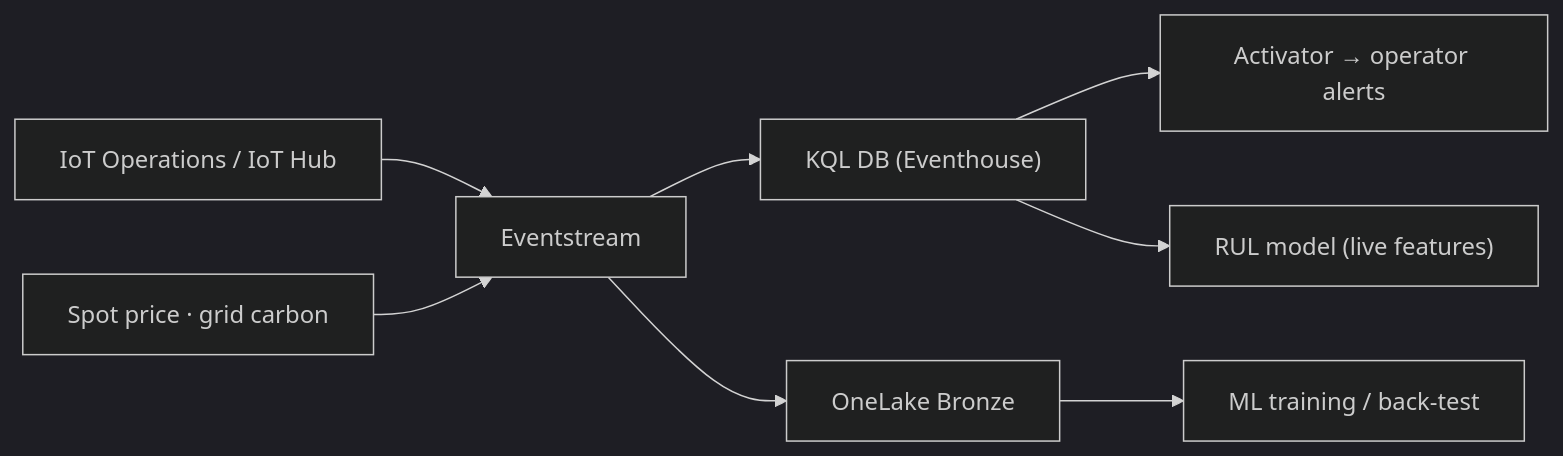
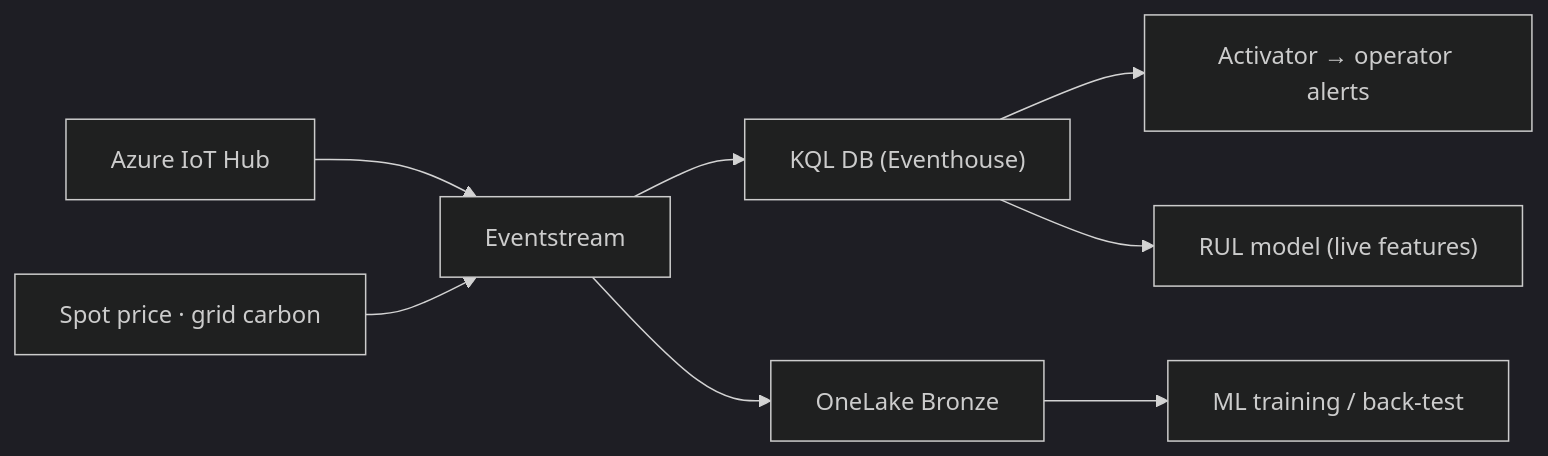
The second of 2 diagrams in docs/usecase/First_Proposal/02a-fabric-iot-architecture.md (frkim/NovaSteel), drawn with Mermaid (dark theme) before and after one commit. The commit also changed other lines of this file and 8 other files, not shown here.

Commit message:
Refactor architecture documentation to emphasize cloud-direct ingestion via Azure IoT Hub and update AI/ML service references to Fabric Data Science and Foundry IQ for improved clarity and consistency.

````diff
--- a/docs/usecase/First_Proposal/02a-fabric-iot-architecture.md
+++ b/docs/usecase/First_Proposal/02a-fabric-iot-architecture.md
@@ -237,10 +237,10 @@
 ```mermaid
 flowchart LR
-    IOO["IoT Operations / IoT Hub"] --> ES["Eventstream"]
+    IOH["Azure IoT Hub"] --> ES["Eventstream"]
     EXT["Spot price · grid carbon"] --> ES
     ES --> KQL["KQL DB (Eventhouse)"]
     ES --> BRZ["OneLake Bronze"]
     KQL --> ACT["Activator → operator alerts"]
     KQL --> RUL["RUL model (live features)"]
     BRZ --> TRAIN["ML training / back-test"]
 ```
````
